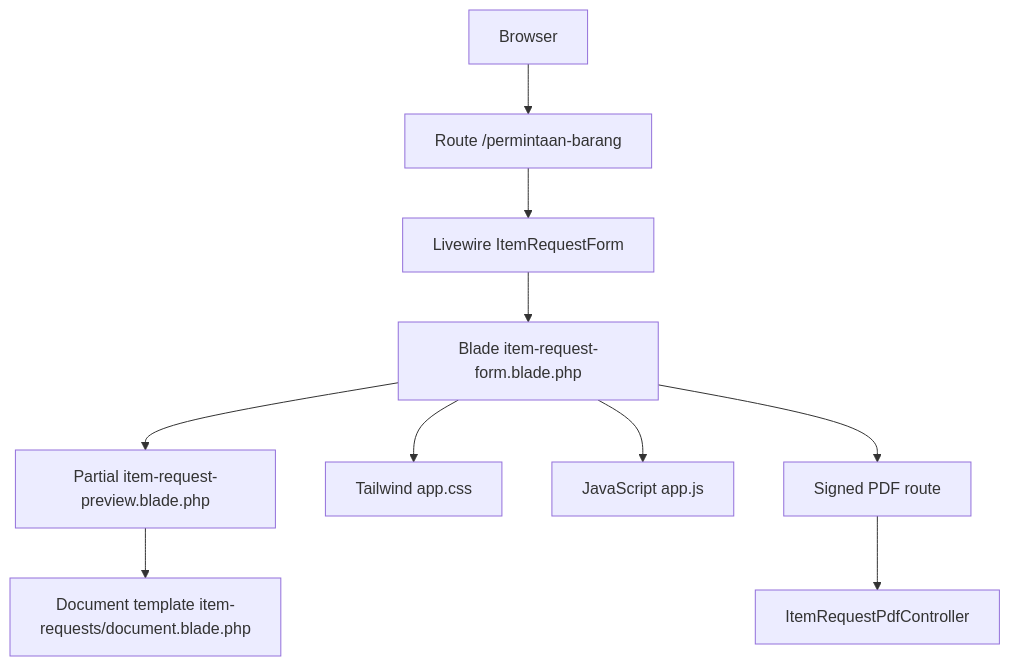
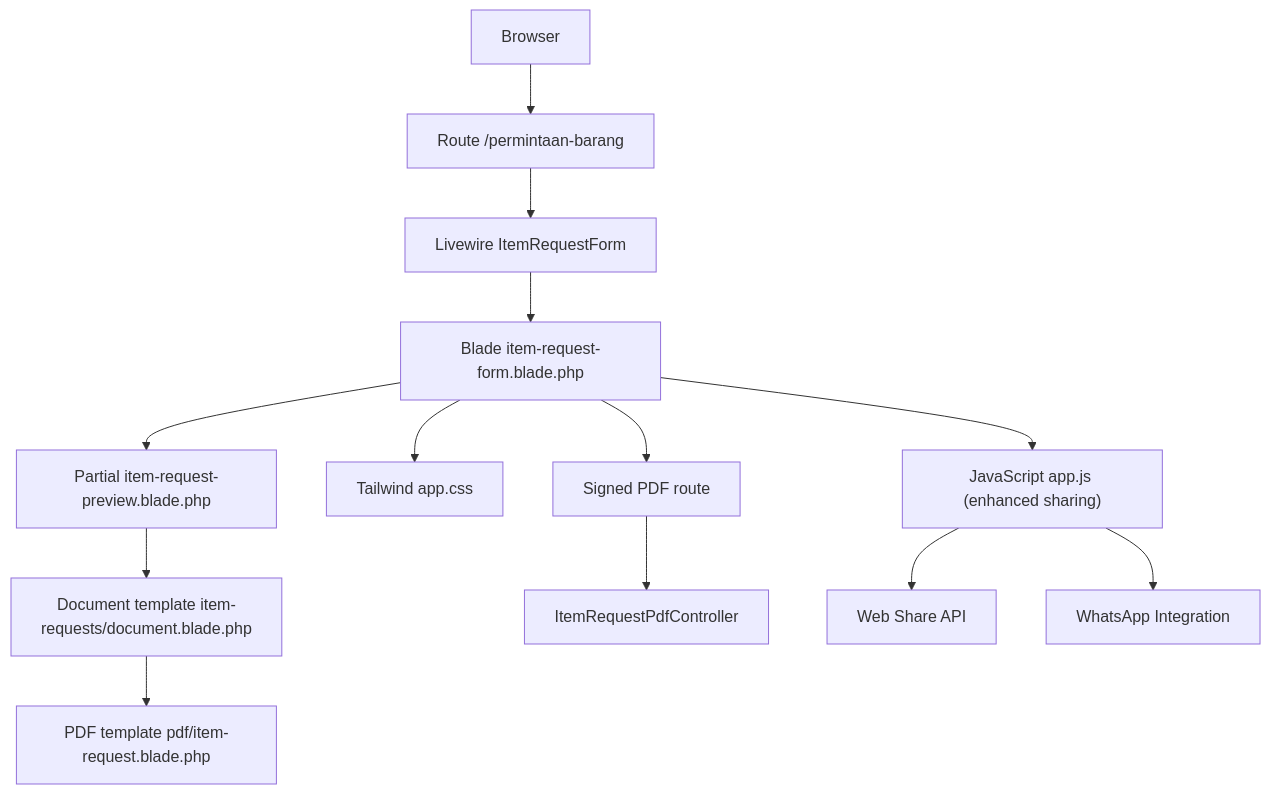
One commit to Dikksap/laravel_RsvHelmet changed the first of 7 diagrams in .qoder/repowiki/en/content/Frontend Components/Frontend Components.md. Above: the diagram before and after it, drawn with Mermaid. The commit also changed other lines of this file and 102 other files, not shown here.

````diff
--- a/.qoder/repowiki/en/content/Frontend Components/Frontend Components.md
+++ b/.qoder/repowiki/en/content/Frontend Components/Frontend Components.md
@@ -45,12 +57,15 @@
 ```mermaid
 graph TB
 Client["Browser"] --> Route["Route /permintaan-barang"]
 Route --> Livewire["Livewire ItemRequestForm"]
 Livewire --> View["Blade item-request-form.blade.php"]
 View --> Partial["Partial item-request-preview.blade.php"]
 Partial --> Doc["Document template item-requests/document.blade.php"]
+Doc --> PdfTemplate["PDF template pdf/item-request.blade.php"]
 View --> Styles["Tailwind app.css"]
-View --> JS["JavaScript app.js"]
+View --> JS["JavaScript app.js (enhanced sharing)"]
 View --> PdfRoute["Signed PDF route"]
 PdfRoute --> PdfController["ItemRequestPdfController"]
+JS --> WebShare["Web Share API"]
+JS --> WhatsApp["WhatsApp Integration"]
 ```
````
